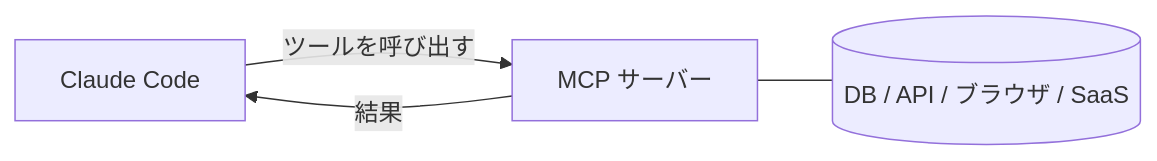
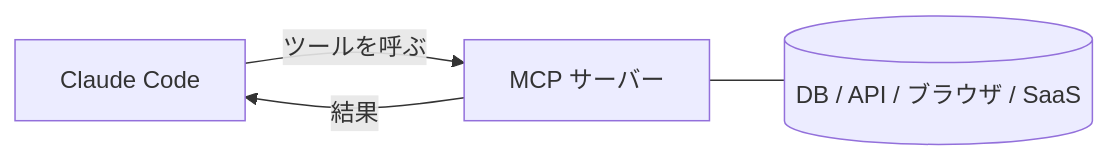
Before and after one commit to derob98/ailmanac: the diagram in i18n/ja/docusaurus-plugin-content-docs/current/claude-code/mcp.mdx, drawn with Mermaid. The commit also changed other lines of this file and 5 other files, not shown here.

````diff
--- a/i18n/ja/docusaurus-plugin-content-docs/current/claude-code/mcp.mdx
+++ b/i18n/ja/docusaurus-plugin-content-docs/current/claude-code/mcp.mdx
@@ -17,6 +19,6 @@
 ```mermaid
 flowchart LR
-  CC[Claude Code] -- ツールを呼び出す --> S[MCP サーバー]
+  CC[Claude Code] -- ツールを呼ぶ --> S[MCP サーバー]
   S -- 結果 --> CC
   S --- D[(DB / API / ブラウザ / SaaS)]
 ```
````
